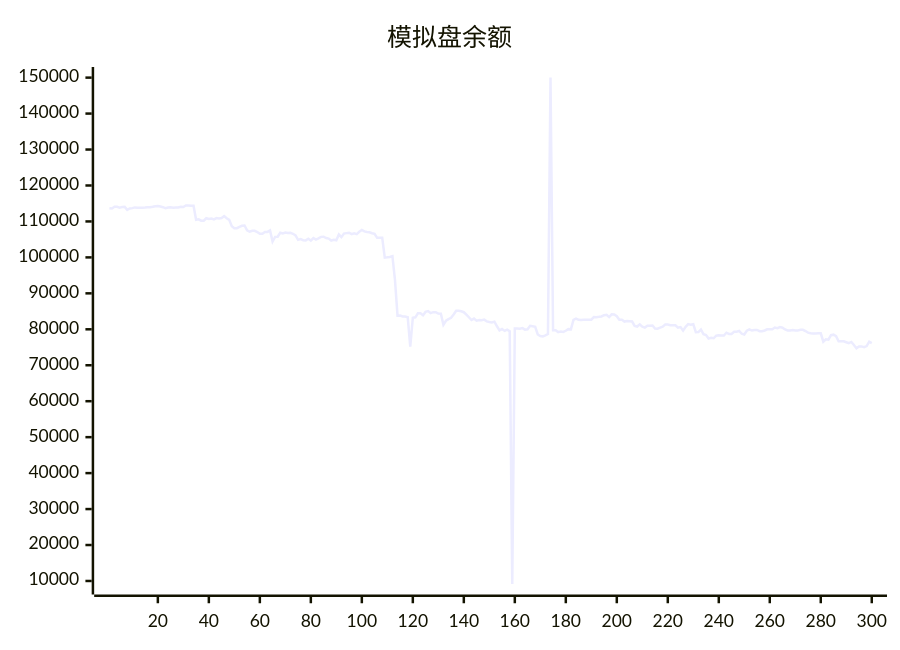
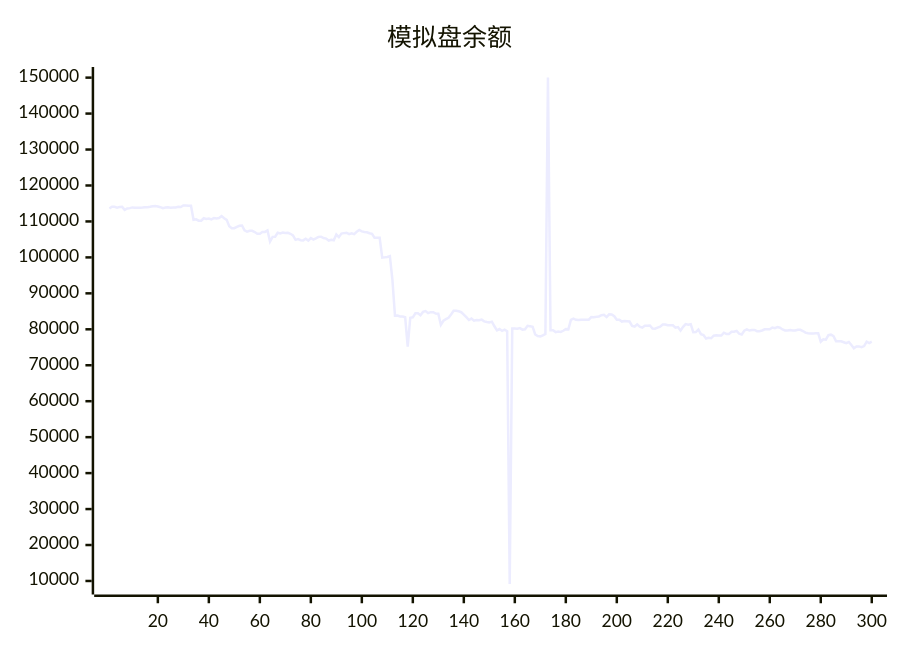
Before and after one commit to aahl/ai-trading: the diagram in README.md, drawn with Mermaid. The commit also changed other lines of this file and 1 other file, not shown here.

````diff
--- a/README.md
+++ b/README.md
@@ -5,5 +5,5 @@
 ```mermaid
 xychart
     title "模拟盘余额"
-    line [113672,113585,114083,114074,113840,113996,114051,113208,113593,113701,113901,113794,113784,113810,113848,113927,113929,114064,114232,114293,114144,113960,113698,113853,113942,113812,113908,113877,114091,113998,114427,114422,114384,114384,110477,110576,110198,110198,110890,110712,110812,110569,110929,110847,110968,111478,110870,110433,108661,108116,108115,108485,108797,108877,107536,107134,107393,107393,107046,106565,106565,107081,107081,107478,104404,105715,105749,106866,106651,106889,106771,106816,106565,106141,104876,105103,104796,104734,105169,104690,105380,104941,105272,105709,105739,105374,105227,104691,104924,104762,106364,105628,106608,106748,106872,106485,106721,106468,107132,107620,107224,107080,107001,106717,106567,105431,105431,105440,99950,100017,100113,100337,93749,83795,83807,83567,83567,83342,75168,83222,83336,84448,84449,83896,84839,85065,84499,84757,84757,84364,84347,81254,82385,82835,83184,84099,85150,85150,85002,84751,84096,83356,82582,82983,82404,82572,82512,82688,82200,82047,81920,82125,80840,79688,80060,79552,79920,79470,9193,80236,80208,80170,80336,79894,80006,80954,80837,80712,78561,78139,78037,78293,78682,150000,79720,79720,79214,79372,79279,79591,80046,79993,82625,82950,82626,82571,82633,82670,82670,82681,83386,83378,83464,83579,83920,84037,83402,84160,84142,83652,82655,82655,82145,82315,82243,82163,80934,80770,81371,80742,80468,80989,80989,81067,80191,80155,80450,80737,81309,81309,81106,81119,81119,80471,80631,79624,80670,81448,81290,81429,79212,79222,79940,78643,78380,77432,77623,77504,78235,78358,78284,78277,79048,78714,78714,79290,79308,79567,78763,78563,79603,79988,79652,79813,79813,79476,79469,79673,79995,80015,80015,80486,80314,80600,80436,79966,79689,79689,79819,79692,79692,79850,79850,79518,79071,78889,78850,78850,78878,78878,76554,77202,77103,78357,78510,78106,76678,76677,76672,76411,76159,76485,75656,74695,75197,75246,75052,75334,76564,76179]
+    line [113585,114083,114074,113840,113996,114051,113208,113593,113701,113901,113794,113784,113810,113848,113927,113929,114064,114232,114293,114144,113960,113698,113853,113942,113812,113908,113877,114091,113998,114427,114422,114384,114384,110477,110576,110198,110198,110890,110712,110812,110569,110929,110847,110968,111478,110870,110433,108661,108116,108115,108485,108797,108877,107536,107134,107393,107393,107046,106565,106565,107081,107081,107478,104404,105715,105749,106866,106651,106889,106771,106816,106565,106141,104876,105103,104796,104734,105169,104690,105380,104941,105272,105709,105739,105374,105227,104691,104924,104762,106364,105628,106608,106748,106872,106485,106721,106468,107132,107620,107224,107080,107001,106717,106567,105431,105431,105440,99950,100017,100113,100337,93749,83795,83807,83567,83567,83342,75168,83222,83336,84448,84449,83896,84839,85065,84499,84757,84757,84364,84347,81254,82385,82835,83184,84099,85150,85150,85002,84751,84096,83356,82582,82983,82404,82572,82512,82688,82200,82047,81920,82125,80840,79688,80060,79552,79920,79470,9193,80236,80208,80170,80336,79894,80006,80954,80837,80712,78561,78139,78037,78293,78682,150000,79720,79720,79214,79372,79279,79591,80046,79993,82625,82950,82626,82571,82633,82670,82670,82681,83386,83378,83464,83579,83920,84037,83402,84160,84142,83652,82655,82655,82145,82315,82243,82163,80934,80770,81371,80742,80468,80989,80989,81067,80191,80155,80450,80737,81309,81309,81106,81119,81119,80471,80631,79624,80670,81448,81290,81429,79212,79222,79940,78643,78380,77432,77623,77504,78235,78358,78284,78277,79048,78714,78714,79290,79308,79567,78763,78563,79603,79988,79652,79813,79813,79476,79469,79673,79995,80015,80015,80486,80314,80600,80436,79966,79689,79689,79819,79692,79692,79850,79850,79518,79071,78889,78850,78850,78878,78878,76554,77202,77103,78357,78510,78106,76678,76677,76672,76411,76159,76485,75656,74695,75197,75246,75052,75334,76564,76179,76553]
 ```
````
